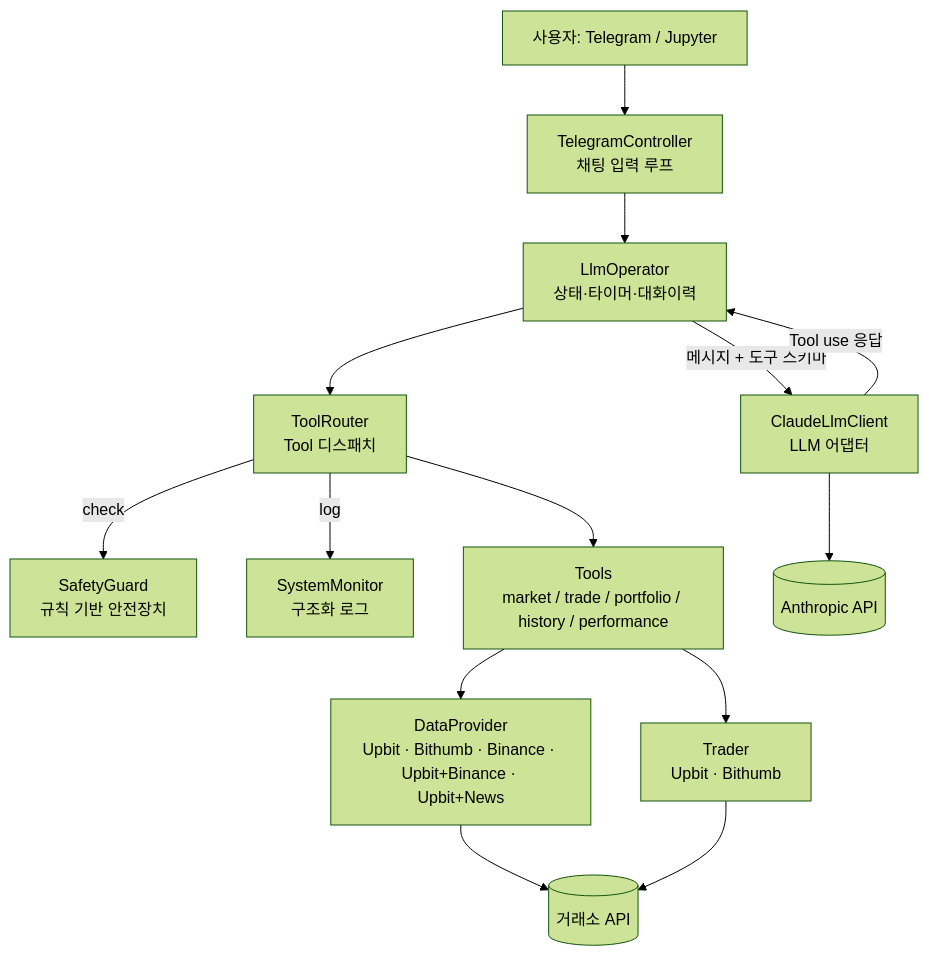
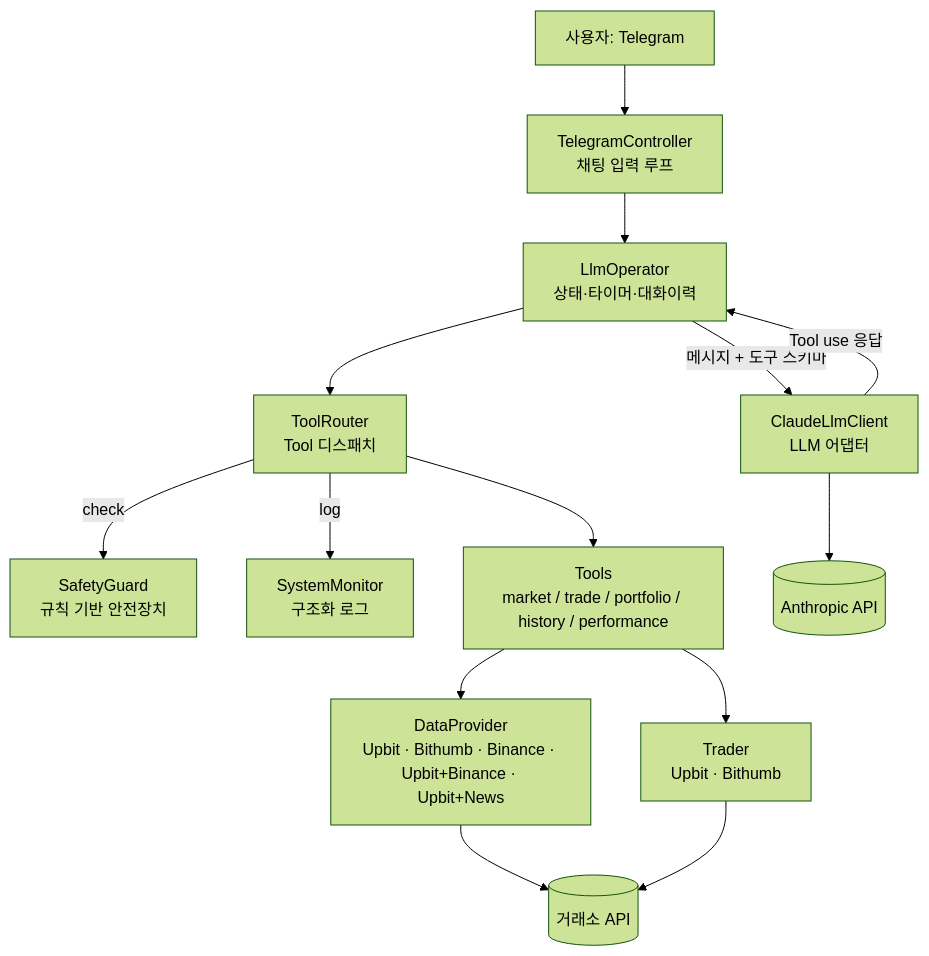
Before and after one commit to msaltnet/smtm: the first of 4 diagrams in docs/public/architecture.md, drawn with Mermaid (forest theme). The commit also changed other lines of this file and 14 other files, not shown here.

````diff
--- a/docs/public/architecture.md
+++ b/docs/public/architecture.md
@@ -14,29 +14,29 @@
 ```mermaid
 graph TD
-    User[사용자: Telegram / Jupyter]
+    User[사용자: Telegram]
     Controller[TelegramController\n채팅 입력 루프]
     Operator[LlmOperator\n상태·타이머·대화이력]
     LLM[ClaudeLlmClient\nLLM 어댑터]
     Router[ToolRouter\nTool 디스패치]
     Safety[SafetyGuard\n규칙 기반 안전장치]
     Monitor[SystemMonitor\n구조화 로그]
     Tools[Tools\nmarket / trade / portfolio / history / performance]
     DP[DataProvider\nUpbit · Bithumb · Binance · Upbit+Binance · Upbit+News]
     Trader[Trader\nUpbit · Bithumb]
     Ext1[(거래소 API)]
     Ext2[(Anthropic API)]
 
     User --> Controller
     Controller --> Operator
     Operator -->|메시지 + 도구 스키마| LLM
     LLM -->|Tool use 응답| Operator
     Operator --> Router
     Router -->|check| Safety
     Router -->|log| Monitor
     Router --> Tools
     Tools --> DP
     Tools --> Trader
     DP --> Ext1
     Trader --> Ext1
     LLM --> Ext2
 ```
````
